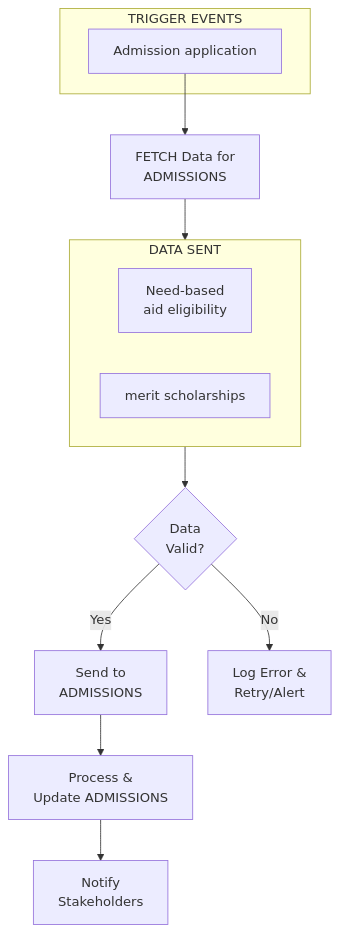
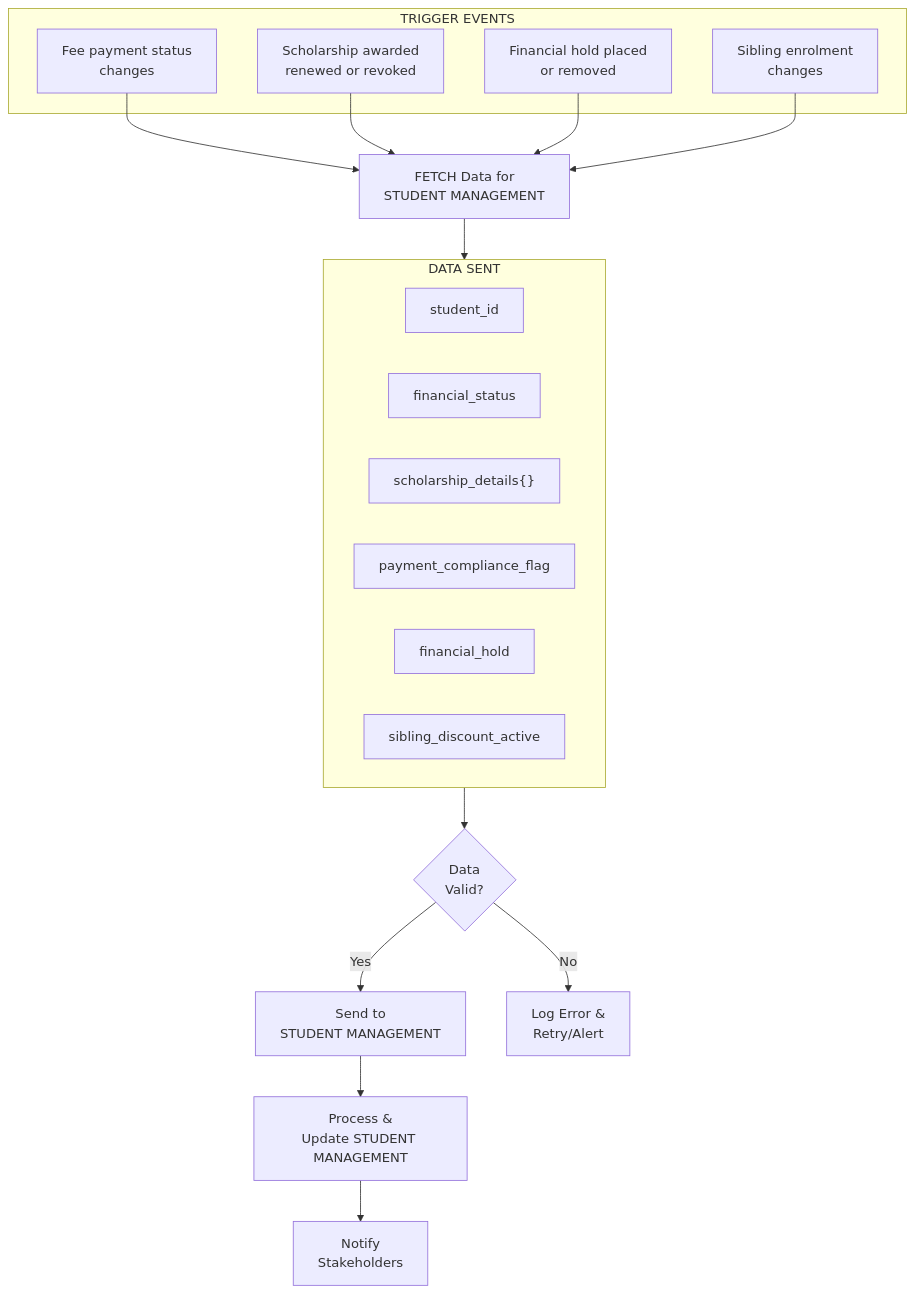
One commit to Armaan42/Hogwarts changed the third of 6 diagrams in docs/modules/43_parent_financial_planning/README.md. Above: the diagram before and after it, drawn with Mermaid. The commit also changed other lines of this file, not shown here.

First line of the commit message:
Expand Module 43 (Parent Financial Planning) README to 1,500+ lines

````diff
--- a/docs/modules/43_parent_financial_planning/README.md
+++ b/docs/modules/43_parent_financial_planning/README.md
@@ -563,27 +791,29 @@
 ```mermaid
 flowchart TD
     subgraph TRIGGERS["TRIGGER EVENTS"]
-        T1["Admission application"]
+        T1["Fee payment status\nchanges"]
+        T2["Scholarship awarded\nrenewed or revoked"]
+        T3["Financial hold placed\nor removed"]
+        T4["Sibling enrolment\nchanges"]
     end
-
     T1 --> FETCH
-
-    FETCH["FETCH Data for\nADMISSIONS"]
-
+    T2 --> FETCH
+    T3 --> FETCH
+    T4 --> FETCH
+    FETCH["FETCH Data for\nSTUDENT MANAGEMENT"]
     subgraph DATA["DATA SENT"]
         direction LR
-        D1["Need-based\naid eligibility"]
-        D2["merit scholarships"]
+        D1["student_id"]
+        D2["financial_status"]
+        D3["scholarship_details{}"]
+        D4["payment_compliance_flag"]
+        D5["financial_hold"]
+        D6["sibling_discount_active"]
     end
-
     FETCH --> DATA
-
     DATA --> VALIDATE{"Data\nValid?"}
-
-    VALIDATE -- Yes --> SEND["Send to\nADMISSIONS"]
+    VALIDATE -- Yes --> SEND["Send to\nSTUDENT MANAGEMENT"]
     VALIDATE -- No --> ERROR["Log Error &\nRetry/Alert"]
-
-    SEND --> PROCESS["Process &\nUpdate ADMISSIONS"]
-
+    SEND --> PROCESS["Process &\nUpdate STUDENT MANAGEMENT"]
     PROCESS --> NOTIFY["Notify\nStakeholders"]
 ```
````
